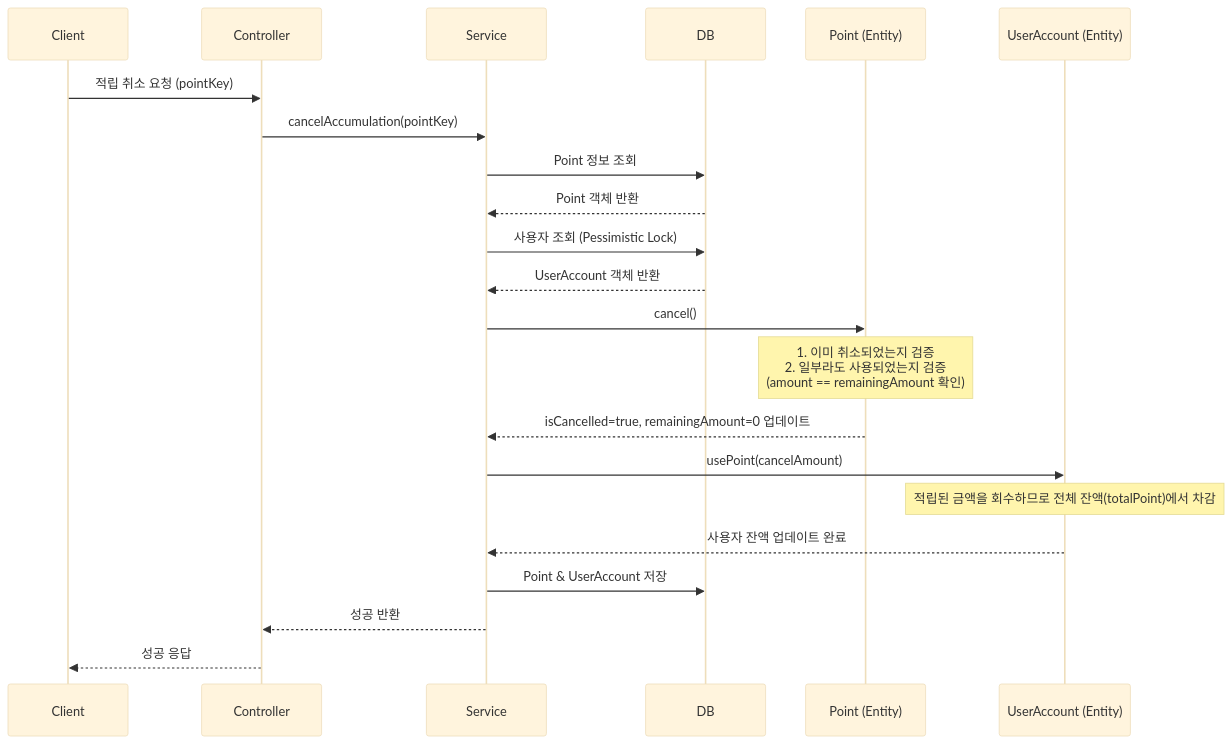
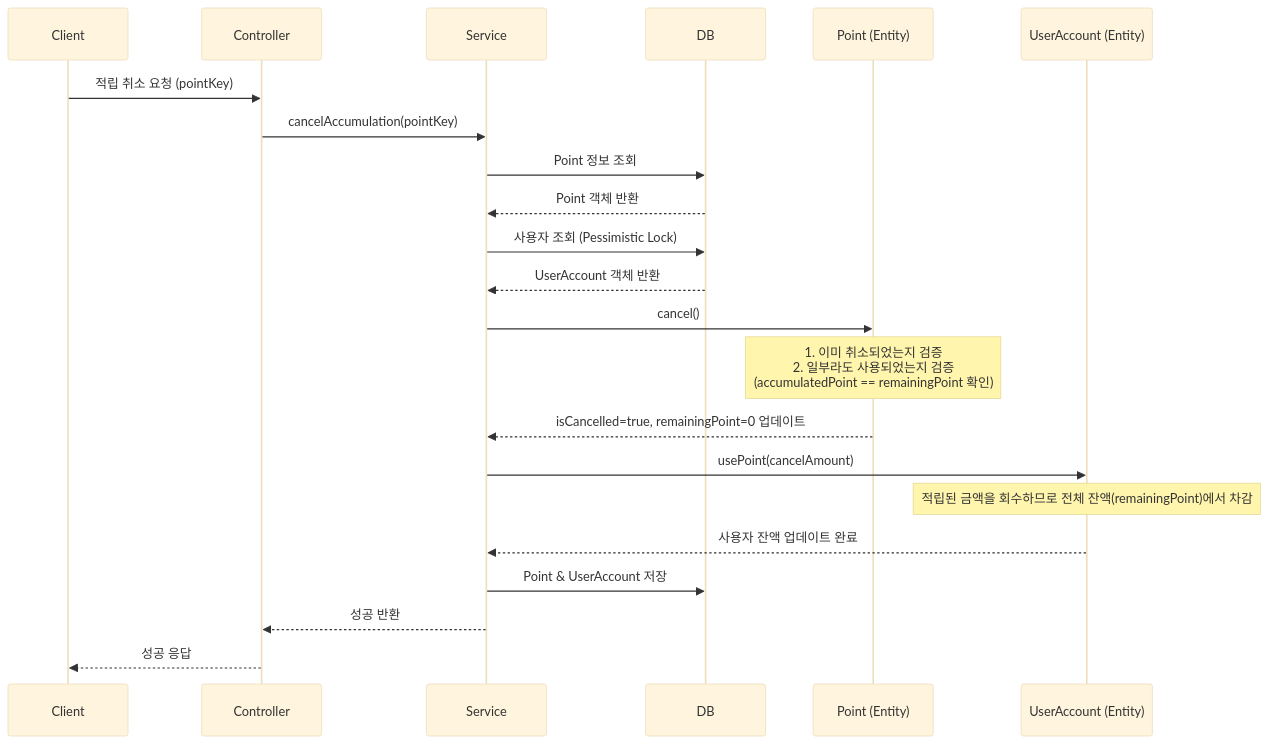
One commit to muzzaiwork/point changed the diagram in docs/api/적립 취소.md. Above: the diagram before and after it, drawn with Mermaid (base theme). The commit also changed other lines of this file and 14 other files, not shown here.

Commit message:
Rename total to remaining in UserAccount and update Point entity field names

````diff
--- a/docs/api/적립 취소.md
+++ b/docs/api/적립 취소.md
@@ -52,29 +52,29 @@
 ```mermaid
 sequenceDiagram
     participant Client
     participant Controller
     participant Service
     participant DB
     participant PointEntity as Point (Entity)
     participant UserAccountEntity as UserAccount (Entity)
 
     Client->>Controller: 적립 취소 요청 (pointKey)
     Controller->>Service: cancelAccumulation(pointKey)
     Service->>DB: Point 정보 조회
     DB-->>Service: Point 객체 반환
     
     Service->>DB: 사용자 조회 (Pessimistic Lock)
     DB-->>Service: UserAccount 객체 반환
     
     Service->>PointEntity: cancel()
-    Note over PointEntity: 1. 이미 취소되었는지 검증<br/>2. 일부라도 사용되었는지 검증<br/>(amount == remainingAmount 확인)
-    PointEntity-->>Service: isCancelled=true, remainingAmount=0 업데이트
+    Note over PointEntity: 1. 이미 취소되었는지 검증<br/>2. 일부라도 사용되었는지 검증<br/>(accumulatedPoint == remainingPoint 확인)
+    PointEntity-->>Service: isCancelled=true, remainingPoint=0 업데이트
     
     Service->>UserAccountEntity: usePoint(cancelAmount)
-    Note over UserAccountEntity: 적립된 금액을 회수하므로 전체 잔액(totalPoint)에서 차감
+    Note over UserAccountEntity: 적립된 금액을 회수하므로 전체 잔액(remainingPoint)에서 차감
     UserAccountEntity-->>Service: 사용자 잔액 업데이트 완료
     
     Service->>DB: Point & UserAccount 저장
     Service-->>Controller: 성공 반환
     Controller-->>Client: 성공 응답
 ```
````
